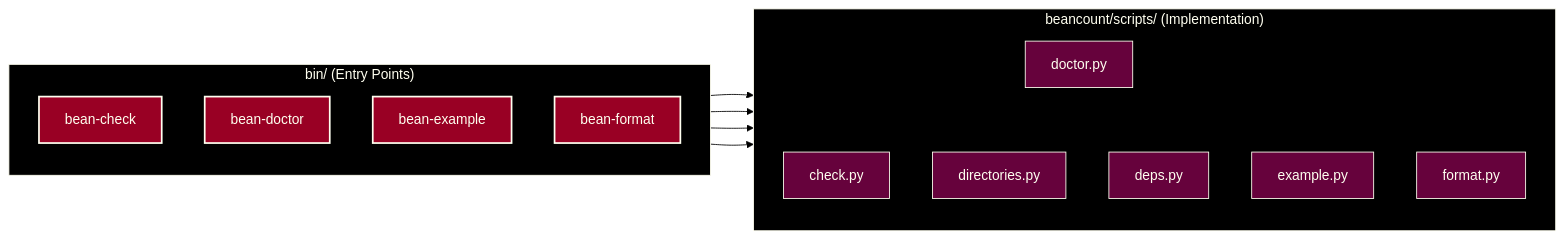
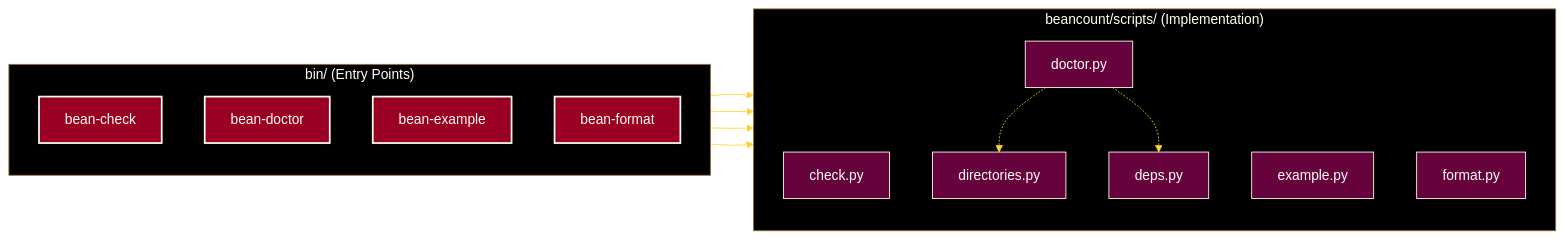
Before and after one commit to ryanduguid/beancount: the diagram in beancount/scripts/docs.md, drawn with Mermaid. The commit also changed 2 other files, not shown here.

Commit message:
docs: extend Mermaid accent palette (#10)

````diff
--- a/beancount/scripts/docs.md
+++ b/beancount/scripts/docs.md
@@ -53,32 +53,32 @@
 ```mermaid
 graph LR
-%%{init: {"theme": "base", "look": "classic", "themeVariables": {"background": "#000000", "primaryColor": "#66023C", "primaryTextColor": "#FFFFF0", "primaryBorderColor": "#FFFFF0", "lineColor": "#000000", "textColor": "#FFFFF0", "edgeLabelBackground": "#000000", "clusterBkg": "#000000", "clusterBorder": "#FFFFF0", "titleColor": "#FFFFF0"}, "themeCSS": ".flowchart-link, .relationshipLine, marker path { filter: drop-shadow(0px 1px 0px #FFFFF0) drop-shadow(0px -1px 0px #FFFFF0) drop-shadow(1px 0px 0px #FFFFF0) drop-shadow(-1px 0px 0px #FFFFF0); }"}}%%
+%%{init: {"theme": "base", "look": "classic", "themeVariables": {"background": "#000000", "primaryColor": "#66023C", "primaryTextColor": "#FFFFF0", "primaryBorderColor": "#FFFFF0", "lineColor": "#FFD32A", "textColor": "#FFFFF0", "edgeLabelBackground": "#000000", "clusterBkg": "#000000", "clusterBorder": "#9B7735", "titleColor": "#FFFFF0"}}}%%
     subgraph bin_dir ["bin/ (Entry Points)"]
         direction TB
         bc[bean-check]
         bd[bean-doctor]
         be[bean-example]
         bf[bean-format]
     end
 
     subgraph scripts_dir ["beancount/scripts/ (Implementation)"]
         direction TB
         check[check.py]
         doctor[doctor.py]
         example[example.py]
         format[format.py]
         directories[directories.py]
         deps[deps.py]
     end
 
     bc --> check
     bd --> doctor
     be --> example
     bf --> format
     doctor -.-> directories
     doctor -.-> deps
     style bc fill:#990024,stroke:#FFFFF0,stroke-width:2px,color:#FFFFF0
     style bd fill:#990024,stroke:#FFFFF0,stroke-width:2px,color:#FFFFF0
     style be fill:#990024,stroke:#FFFFF0,stroke-width:2px,color:#FFFFF0
     style bf fill:#990024,stroke:#FFFFF0,stroke-width:2px,color:#FFFFF0
 ```
````
